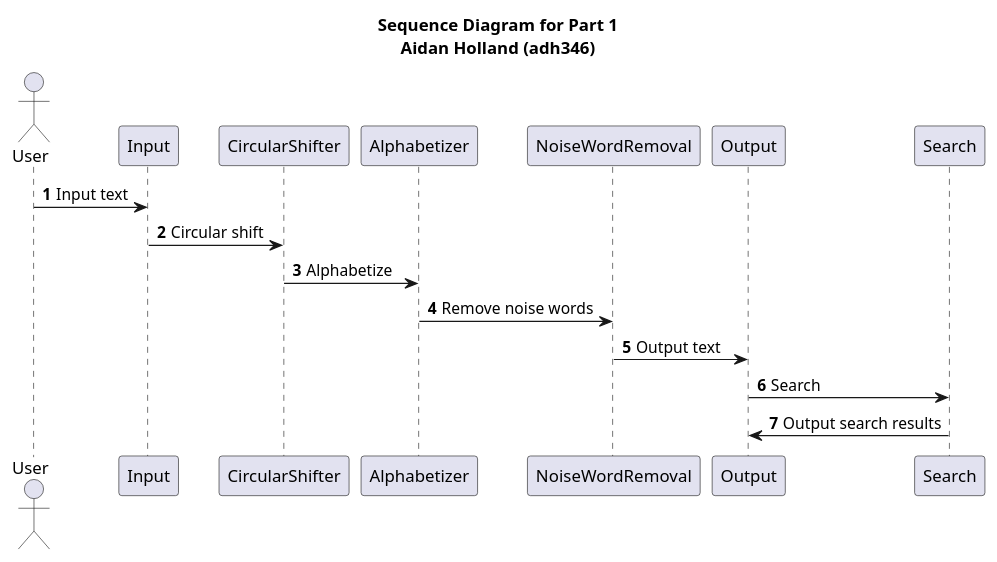
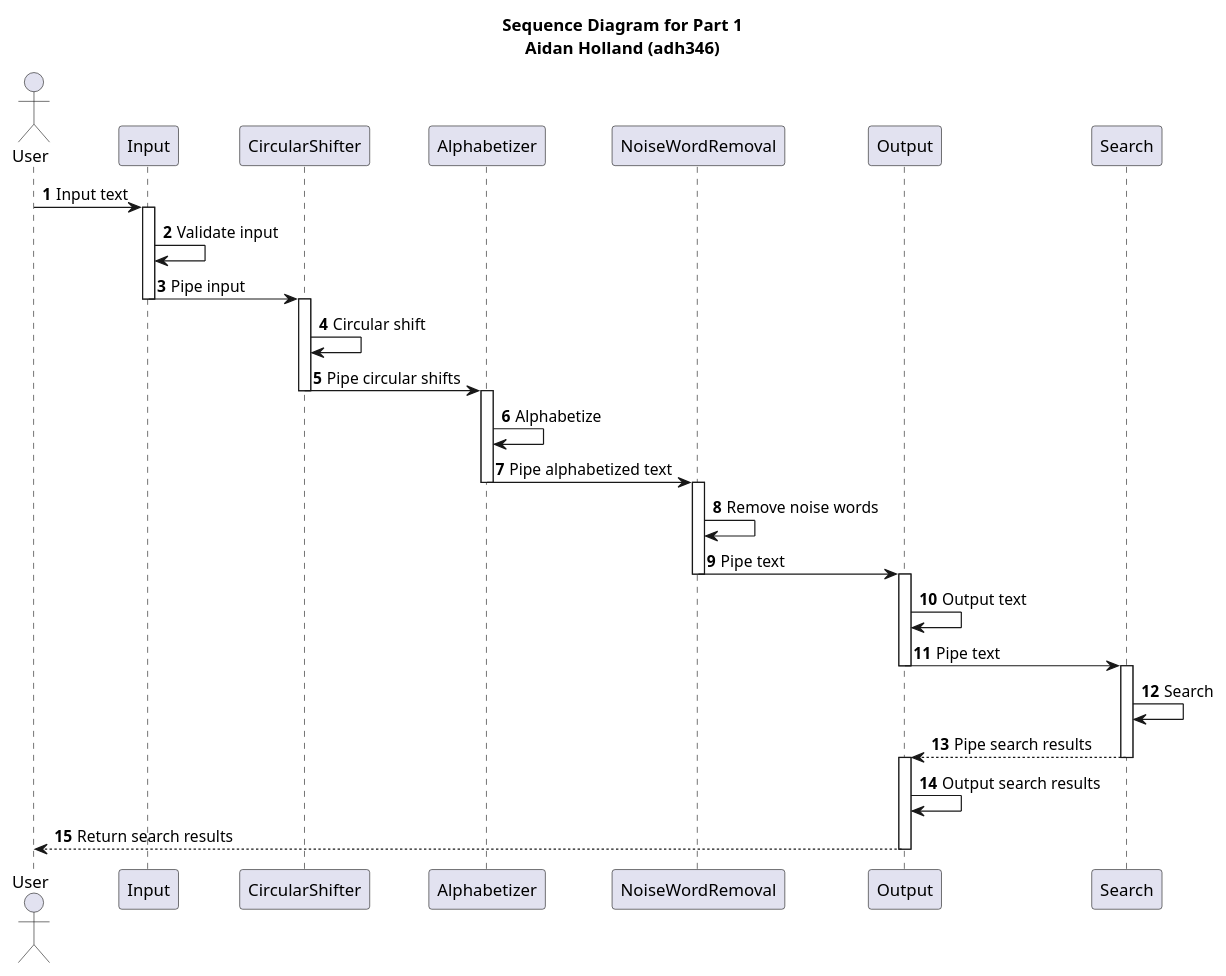
Before and after one commit to thehappydinoa/DrexelWinterTerm2022-2023: the diagram in SE 311/Assignments/Assignment2/part1_sequence.puml, drawn with PlantUML. The commit also changed 14 other files, not shown here.

```diff
--- a/SE 311/Assignments/Assignment2/part1_sequence.puml
+++ b/SE 311/Assignments/Assignment2/part1_sequence.puml
@@ -1,28 +1,50 @@
 @startuml SE 311 - Assignment 2 Part 1
 
 title
   Sequence Diagram for Part 1
   Aidan Holland (adh346)
 endtitle
 
 'https://plantuml.com/sequence-diagram
 
 autonumber
 
 actor User
 participant Input
 participant CircularShifter
 participant Alphabetizer
 participant NoiseWordRemoval
 participant Output
 participant Search
 
 User -> Input: Input text
-Input -> CircularShifter: Circular shift
-CircularShifter -> Alphabetizer: Alphabetize
-Alphabetizer -> NoiseWordRemoval: Remove noise words
-NoiseWordRemoval -> Output: Output text
-Output -> Search: Search
-Search -> Output: Output search results
+activate Input
+Input -> Input: Validate input
+Input -> CircularShifter: Pipe input
+deactivate Input
+activate CircularShifter
+CircularShifter -> CircularShifter: Circular shift
+CircularShifter -> Alphabetizer: Pipe circular shifts
+deactivate CircularShifter
+activate Alphabetizer
+Alphabetizer -> Alphabetizer: Alphabetize
+Alphabetizer -> NoiseWordRemoval: Pipe alphabetized text
+deactivate Alphabetizer
+activate NoiseWordRemoval
+NoiseWordRemoval -> NoiseWordRemoval: Remove noise words
+NoiseWordRemoval -> Output: Pipe text
+deactivate NoiseWordRemoval
+activate Output
+Output -> Output: Output text
+Output -> Search: Pipe text
+deactivate Output
+activate Search
+Search -> Search: Search
+Output <-- Search: Pipe search results
+deactivate Search
+activate Output
+Output -> Output: Output search results
+User <-- Output: Return search results
+deactivate Output
 
 @enduml
```
